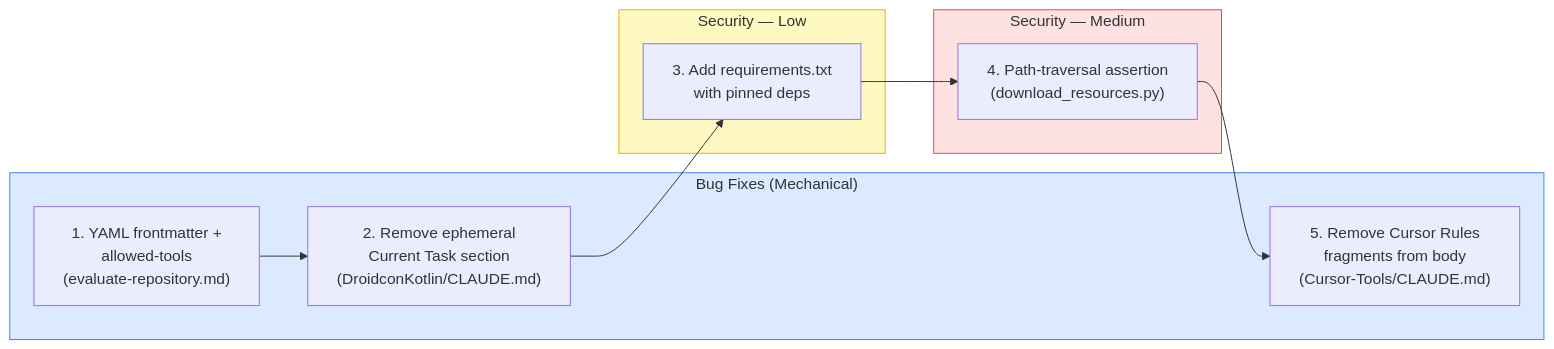
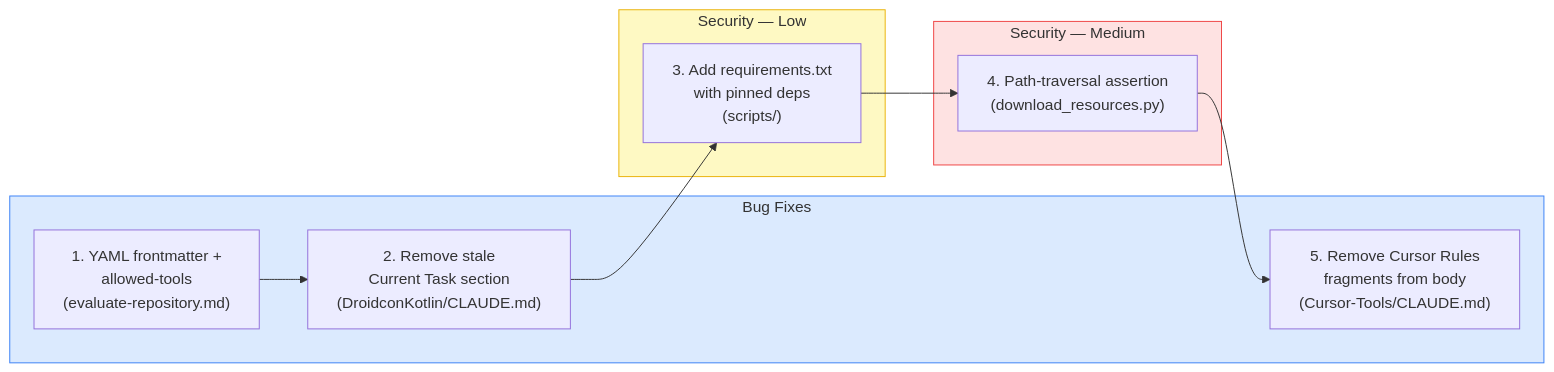
The second of 4 diagrams in case-studies/2026-04-22-hesreallyhim-awesome-claude-code.md (deusyu/nlpm), drawn with Mermaid before and after one commit. The commit also changed other lines of this file and 2 other files, not shown here.

Commit message:
case-study: hesreallyhim/awesome-claude-code (183 lines)

````diff
--- a/case-studies/2026-04-22-hesreallyhim-awesome-claude-code.md
+++ b/case-studies/2026-04-22-hesreallyhim-awesome-claude-code.md
@@ -74,18 +74,18 @@
 ```mermaid
 graph LR
-    subgraph BUG ["Bug Fixes (Mechanical)"]
+    subgraph BUG ["Bug Fixes"]
         B1["1. YAML frontmatter +\nallowed-tools\n(evaluate-repository.md)"]
-        B2["2. Remove ephemeral\nCurrent Task section\n(DroidconKotlin/CLAUDE.md)"]
+        B2["2. Remove stale\nCurrent Task section\n(DroidconKotlin/CLAUDE.md)"]
         B3["5. Remove Cursor Rules\nfragments from body\n(Cursor-Tools/CLAUDE.md)"]
     end
     subgraph SEC_LOW ["Security — Low"]
-        S1["3. Add requirements.txt\nwith pinned deps"]
+        S1["3. Add requirements.txt\nwith pinned deps\n(scripts/)"]
     end
     subgraph SEC_MED ["Security — Medium"]
         S2["4. Path-traversal assertion\n(download_resources.py)"]
     end
     B1 --> B2 --> S1 --> S2 --> B3
     style BUG fill:#dbeafe,stroke:#3b82f6
     style SEC_LOW fill:#fef9c3,stroke:#eab308
     style SEC_MED fill:#fee2e2,stroke:#ef4444
 ```
````
